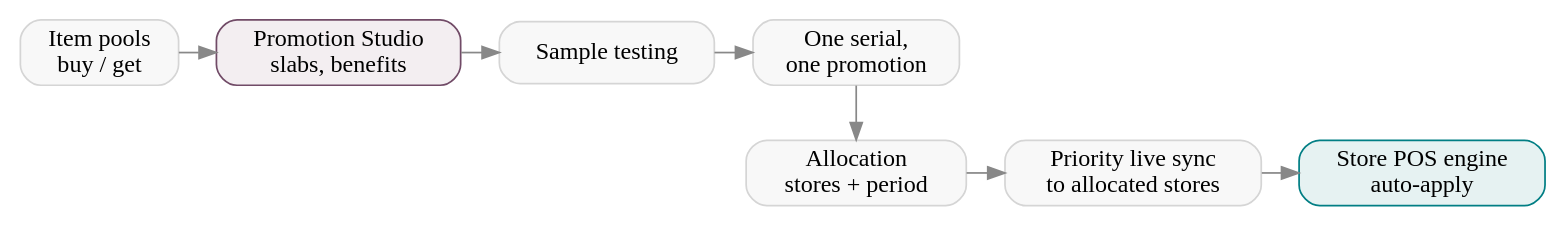
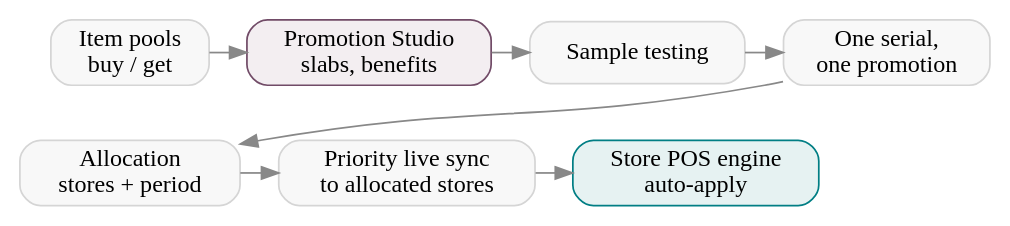
The diagram in content/case_studies/retail/promotions.rst (metalogicdigital/erp-docs), drawn with Graphviz before and after one commit. The commit also changed 3 other files, not shown here.

Commit message:
Align wrapped diagram rows under the first row

```diff
--- a/content/case_studies/retail/promotions.rst
+++ b/content/case_studies/retail/promotions.rst
@@ -16,20 +16,21 @@
 .. graphviz::
    :caption: Design at HO, apply at the till
 
    digraph promo {
       rankdir=TB; nodesep=0.3; ranksep=0.45;
       node [shape=box, style="rounded,filled", fillcolor="#F8F8F8", color="#D5D5D5"];
       edge [color="#888888"];
       { rank=same;
         pool [label="Item pools\nbuy / get"];
         studio [label="Promotion Studio\nslabs, benefits", fillcolor="#f3eef1", color="#714B67"];
         test [label="Sample testing"];
         coll [label="One serial,\none promotion"]; }
       { rank=same;
         alloc [label="Allocation\nstores + period"];
         sync [label="Priority live sync\nto allocated stores"];
         pos [label="Store POS engine\nauto-apply", fillcolor="#e6f2f2", color="#017e84"]; }
       pool -> studio -> test -> coll;
-      coll -> alloc;
+      coll -> alloc [constraint=false];
+      pool -> alloc [style=invis];
       alloc -> sync -> pos;
    }
```
